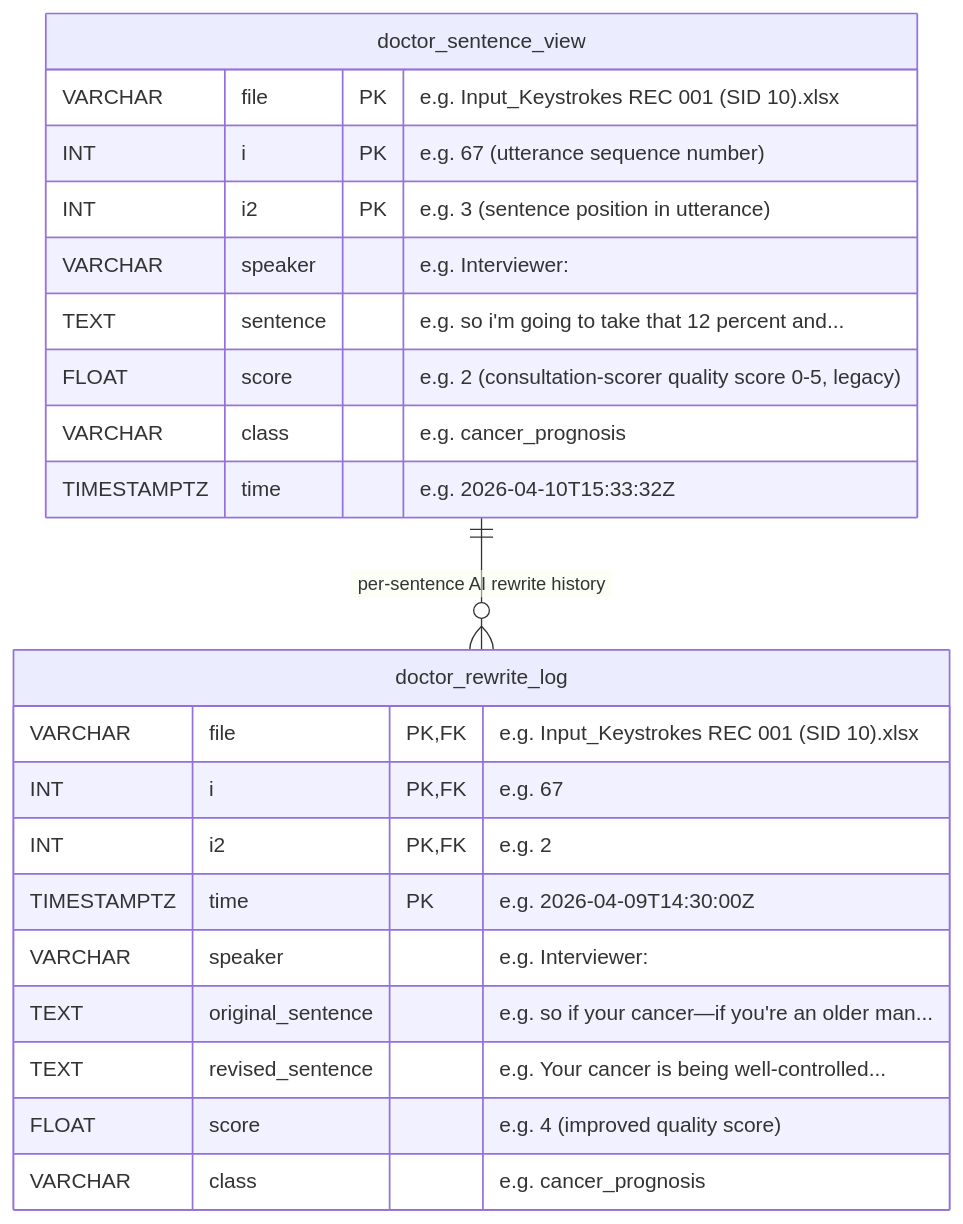
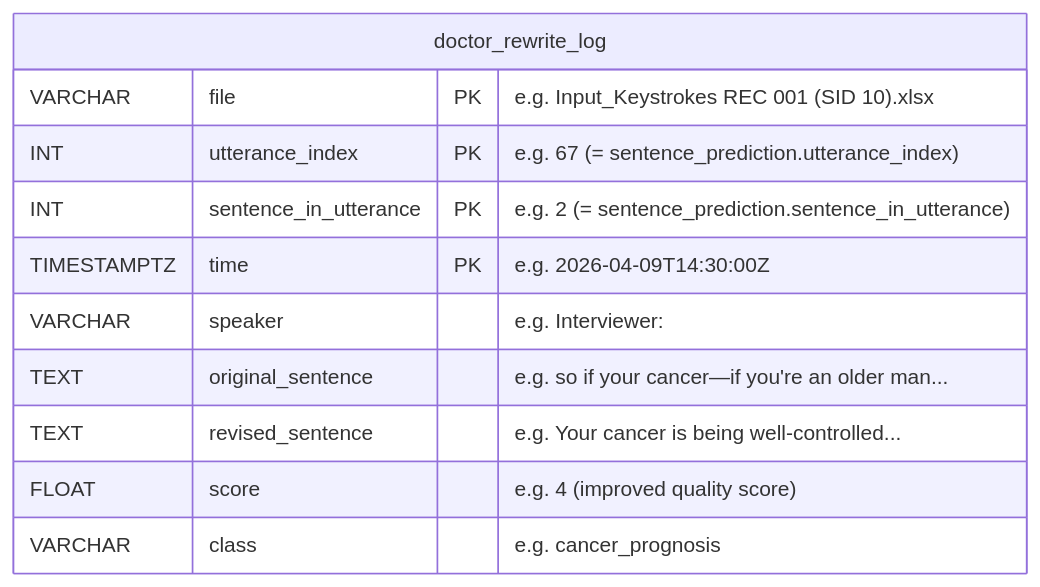
The first of 6 diagrams in app/Backend/patient_doctor_interface_erd_v3_en.md (HyunjunA/Prostate_cancer_consultation), drawn with Mermaid before and after one commit. The commit also changed other lines of this file and 18 other files, not shown here.

````diff
--- a/app/Backend/patient_doctor_interface_erd_v3_en.md
+++ b/app/Backend/patient_doctor_interface_erd_v3_en.md
@@ -7,27 +7,14 @@
 ```mermaid
 erDiagram
-    doctor_sentence_view {
+    doctor_rewrite_log {
         VARCHAR file PK "e.g. Input_Keystrokes REC 001 (SID 10).xlsx"
-        INT i PK "e.g. 67 (utterance sequence number)"
-        INT i2 PK "e.g. 3 (sentence position in utterance)"
-        VARCHAR speaker "e.g. Interviewer:"
-        TEXT sentence "e.g. so i'm going to take that 12 percent and..."
-        FLOAT score "e.g. 2 (consultation-scorer quality score 0-5, legacy)"
-        VARCHAR class "e.g. cancer_prognosis"
-        TIMESTAMPTZ time "e.g. 2026-04-10T15:33:32Z"
-    }
-
-    doctor_rewrite_log {
-        VARCHAR file PK,FK "e.g. Input_Keystrokes REC 001 (SID 10).xlsx"
-        INT i PK,FK "e.g. 67"
-        INT i2 PK,FK "e.g. 2"
+        INT utterance_index PK "e.g. 67 (= sentence_prediction.utterance_index)"
+        INT sentence_in_utterance PK "e.g. 2 (= sentence_prediction.sentence_in_utterance)"
         TIMESTAMPTZ time PK "e.g. 2026-04-09T14:30:00Z"
         VARCHAR speaker "e.g. Interviewer:"
         TEXT original_sentence "e.g. so if your cancer—if you're an older man..."
         TEXT revised_sentence "e.g. Your cancer is being well-controlled..."
         FLOAT score "e.g. 4 (improved quality score)"
         VARCHAR class "e.g. cancer_prognosis"
     }
-
-    doctor_sentence_view ||--o{ doctor_rewrite_log : "per-sentence AI rewrite history"
 ```
````
